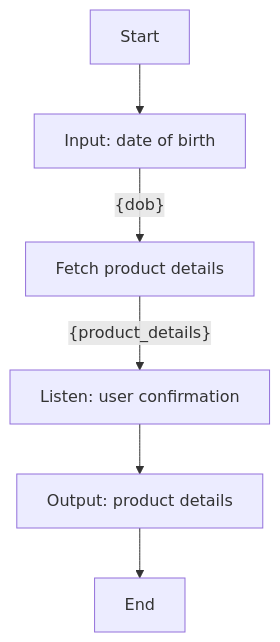
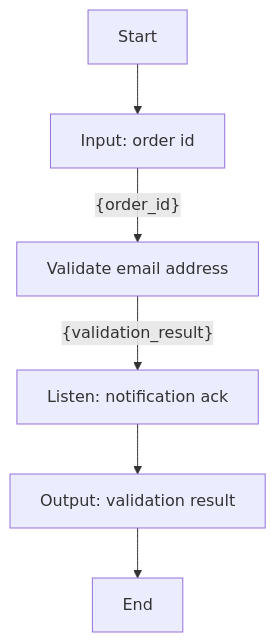
One commit to YJ-928/Temporal-Python-SDK changed the diagram in poc-dsl-compiler/input/workflows/workflow_8.md. Above: the diagram before and after it, drawn with Mermaid. The commit also changed 48 other files, not shown here.

````diff
--- a/poc-dsl-compiler/input/workflows/workflow_8.md
+++ b/poc-dsl-compiler/input/workflows/workflow_8.md
@@ -1,8 +1,8 @@
 ```mermaid
 graph TD
-    A[Start] --> B[Input: date of birth]
-    B[Input: date of birth] -- {dob} --> C[Fetch product details]
-    C[Fetch product details] -- {product_details} --> D[Listen: user confirmation]
-    D[Listen: user confirmation] --> E[Output: product details]
-    E[Output: product details] --> F[End]
+    A[Start] --> B[Input: order id]
+    B[Input: order id] -- {order_id} --> C[Validate email address]
+    C[Validate email address] -- {validation_result} --> D[Listen: notification ack]
+    D[Listen: notification ack] --> E[Output: validation result]
+    E[Output: validation result] --> F[End]
 ```
````
